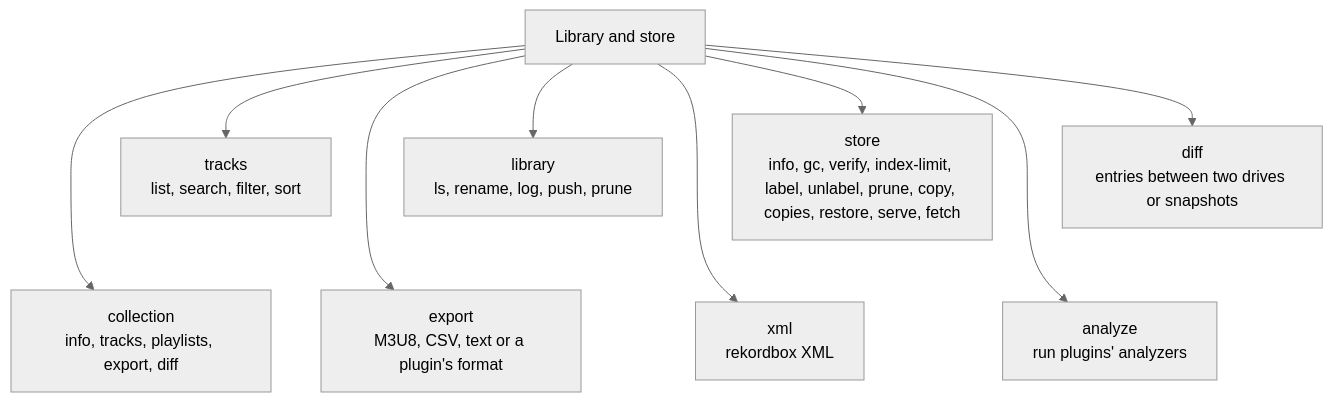
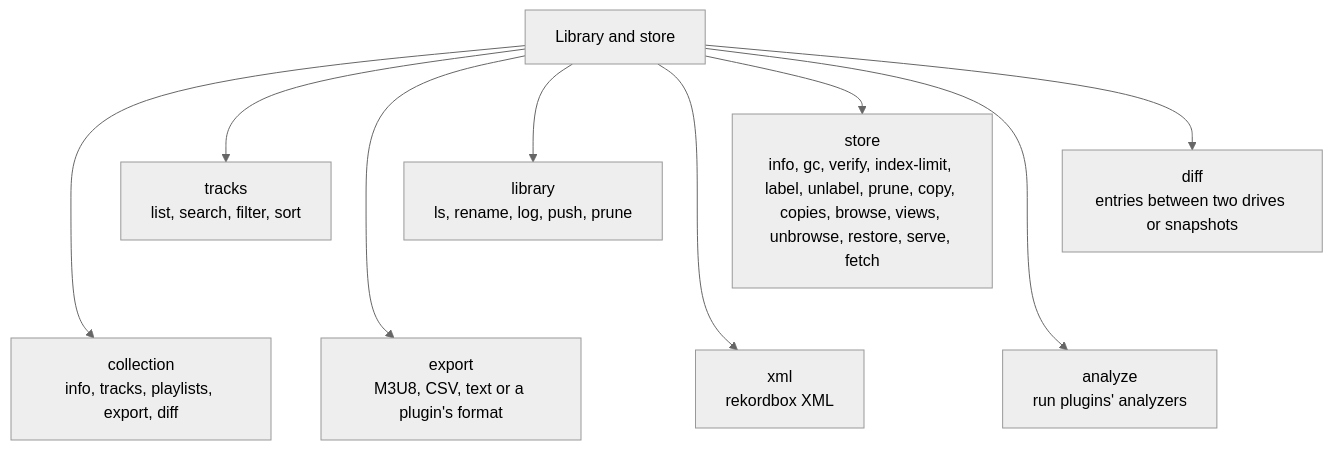
Before and after one commit to cutenode/localnetwork: the eighth of 11 diagrams in apps/locallibrary/README.md, drawn with Mermaid (neutral theme). The commit also changed other lines of this file and 6 other files, not shown here.

First line of the commit message:
docs(locallibrary): bring the diagrams up to date with the code

````diff
--- a/apps/locallibrary/README.md
+++ b/apps/locallibrary/README.md
@@ -422,16 +422,16 @@
 ```mermaid
 flowchart TD
     hub["Library and store"]
     hub --> tracks["tracks<br/>list, search, filter, sort"]
     hub --> library["library<br/>ls, rename, log, push, prune"]
-    hub --> store["store<br/>info, gc, verify, index-limit, label, unlabel, prune, copy, copies, restore, serve, fetch"]
+    hub --> store["store<br/>info, gc, verify, index-limit, label, unlabel, prune, copy, copies, browse, views, unbrowse, restore, serve, fetch"]
     hub --> diff["diff<br/>entries between two drives or snapshots"]
     hub --> collection["collection<br/>info, tracks, playlists, export, diff"]
     hub --> export["export<br/>M3U8, CSV, text or a plugin's format"]
     hub --> xml["xml<br/>rekordbox XML"]
     hub --> analyze["analyze<br/>run plugins' analyzers"]
     tracks ~~~ collection
     library ~~~ export
     store ~~~ xml
     diff ~~~ analyze
 ```
````
